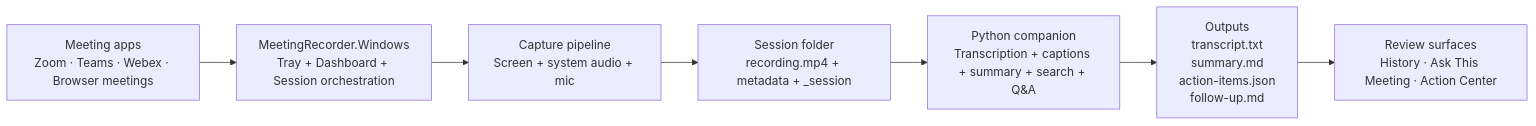
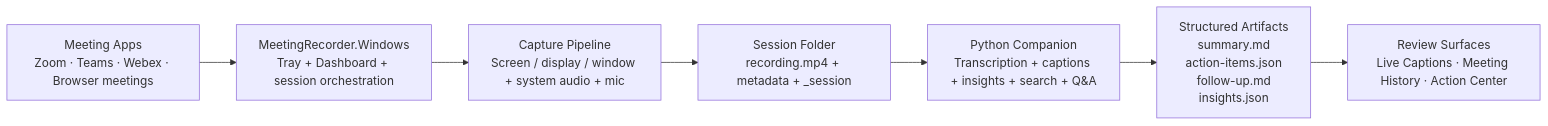
The diagram in README.md (vinayagrw/ai-meeting-cockpit), drawn with Mermaid before and after one commit. The commit also changed other lines of this file and 35 other files, not shown here.

````diff
--- a/README.md
+++ b/README.md
@@ -125,9 +270,9 @@
 ```mermaid
 flowchart LR
-    A["Meeting apps<br/>Zoom · Teams · Webex · Browser meetings"] --> B["MeetingRecorder.Windows<br/>Tray + Dashboard + Session orchestration"]
-    B --> C["Capture pipeline<br/>Screen + system audio + mic"]
-    C --> D["Session folder<br/>recording.mp4 + metadata + _session"]
-    D --> E["Python companion<br/>Transcription + captions + summary + search + Q&A"]
-    E --> F["Outputs<br/>transcript.txt<br/>summary.md<br/>action-items.json<br/>follow-up.md"]
-    F --> G["Review surfaces<br/>History · Ask This Meeting · Action Center"]
+    A["Meeting Apps<br/>Zoom · Teams · Webex · Browser meetings"] --> B["MeetingRecorder.Windows<br/>Tray + Dashboard + session orchestration"]
+    B --> C["Capture Pipeline<br/>Screen / display / window + system audio + mic"]
+    C --> D["Session Folder<br/>recording.mp4 + metadata + _session"]
+    D --> E["Python Companion<br/>Transcription + captions + insights + search + Q&A"]
+    E --> F["Structured Artifacts<br/>summary.md<br/>action-items.json<br/>follow-up.md<br/>insights.json"]
+    F --> G["Review Surfaces<br/>Live Captions · Meeting History · Action Center"]
 ```
````
